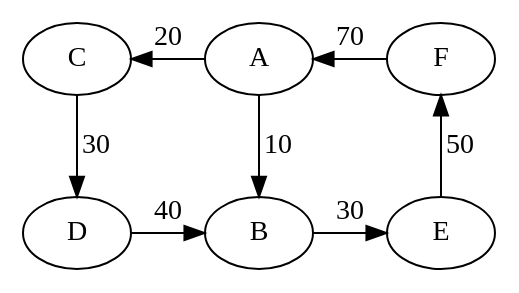
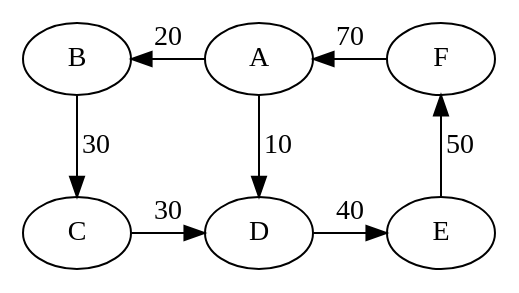
The diagram in rapport/whyTag.dot (C4ptainCrunch/info-f-203), drawn with Graphviz before and after one commit. The commit also changed 1 other file, not shown here.

```diff
--- a/rapport/whyTag.dot
+++ b/rapport/whyTag.dot
@@ -1,12 +1,11 @@
 digraph cercle {
-    A -> B [label="10"]
-    A -> C [constraint=false label="20"]
+    A -> B [constraint=false label="20"]
+    B -> C [label="30"]
     C -> D [label="30"]
-    D -> B [label="40"]
-    B -> E [label="30"]
+    D -> E [label="40"]
     E -> F [label="50"]
     F -> A [constraint=false label="70"]
-    { rank=same; A C F }
-    { rank=same; B D E }
-
+    A -> D [label="10"]
+    { rank=same; B A F }
+    { rank=same; C D E }
 }
```
